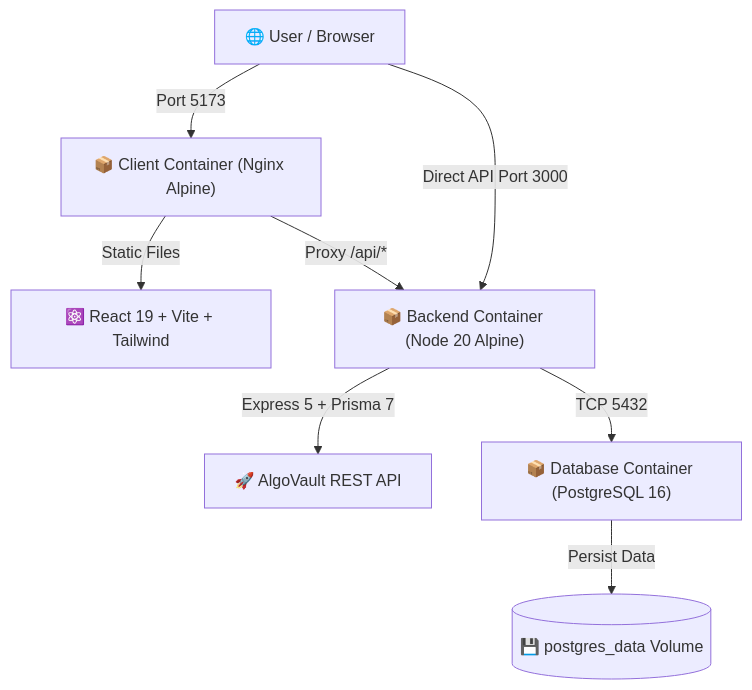
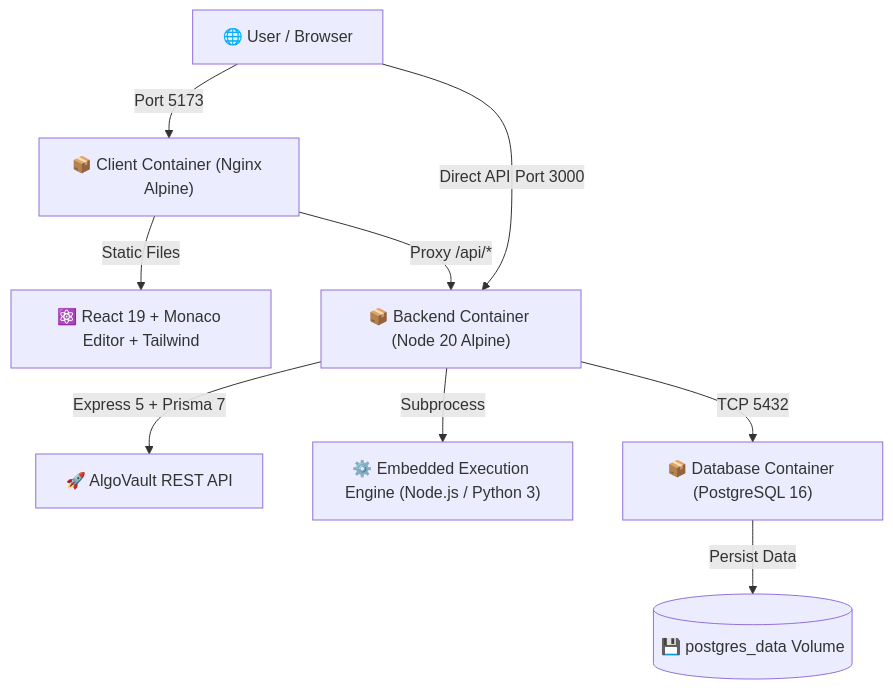
Before and after one commit to Aditya2274/AlgoVault-API: the diagram in Readme.md, drawn with Mermaid. The commit also changed other lines of this file and 19 other files, not shown here.

First line of the commit message:
feat: add Monaco code editor, embedded execution engine & dynamic starter templates

````diff
--- a/Readme.md
+++ b/Readme.md
@@ -19,10 +28,11 @@
 ```mermaid
 graph TD
     User["🌐 User / Browser"] -->|Port 5173| ClientContainer["📦 Client Container (Nginx Alpine)"]
-    ClientContainer -->|Static Files| ReactApp["⚛️ React 19 + Vite + Tailwind"]
+    ClientContainer -->|Static Files| ReactApp["⚛️ React 19 + Monaco Editor + Tailwind"]
     ClientContainer -->|Proxy /api/*| BackendContainer["📦 Backend Container (Node 20 Alpine)"]
     User -->|Direct API Port 3000| BackendContainer
     BackendContainer -->|Express 5 + Prisma 7| APIApp["🚀 AlgoVault REST API"]
+    BackendContainer -->|Subprocess| ExecEngine["⚙️ Embedded Execution Engine (Node.js / Python 3)"]
     BackendContainer -->|TCP 5432| DBContainer["📦 Database Container (PostgreSQL 16)"]
     DBContainer -->|Persist Data| DBVolume[("💾 postgres_data Volume")]
 ```
````
